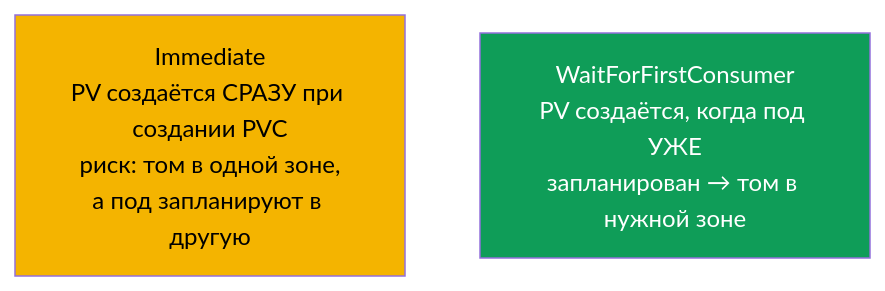
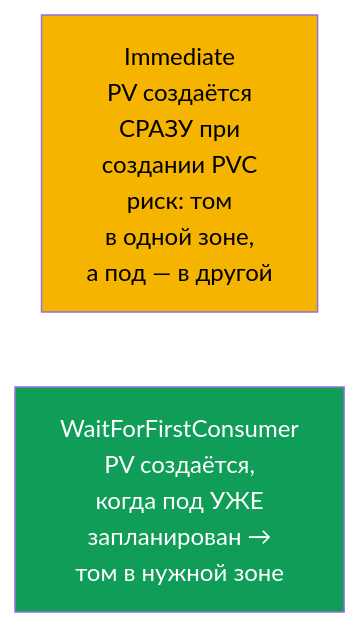
The fifth of 7 diagrams in tasks/cka/course/26/ru.md (ViktorUJ/cks), drawn with Mermaid before and after one commit. The commit also changed other lines of this file and 30 other files, not shown here.

````diff
--- a/tasks/cka/course/26/ru.md
+++ b/tasks/cka/course/26/ru.md
@@ -130,7 +130,8 @@
 ```mermaid
 flowchart TB
-    imm["Immediate<br>PV создаётся СРАЗУ при создании PVC<br>риск: том в одной зоне,<br>а под запланируют в другую"]
-    wfc["WaitForFirstConsumer<br>PV создаётся, когда под УЖЕ<br>запланирован → том в нужной зоне"]
+    imm["Immediate<br>PV создаётся<br>СРАЗУ при<br>создании PVC<br>риск: том<br>в одной зоне,<br>а под — в другой"]
+    wfc["WaitForFirstConsumer<br>PV создаётся,<br>когда под УЖЕ<br>запланирован →<br>том в нужной зоне"]
+    imm ~~~ wfc
     style imm fill:#f4b400,color:#000
     style wfc fill:#0f9d58,color:#fff
 ```
````
